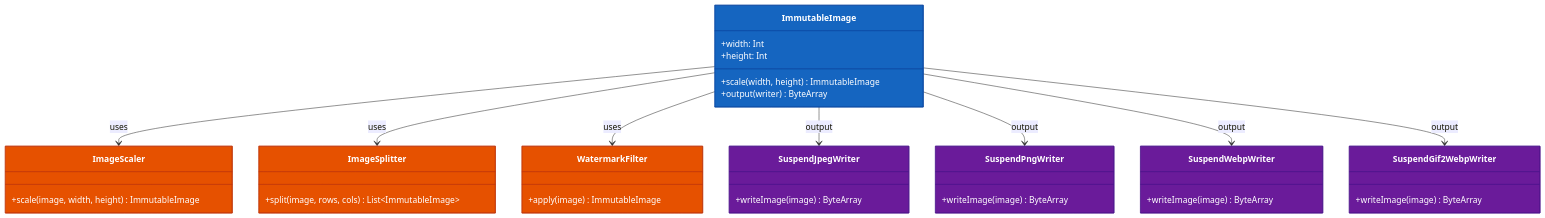
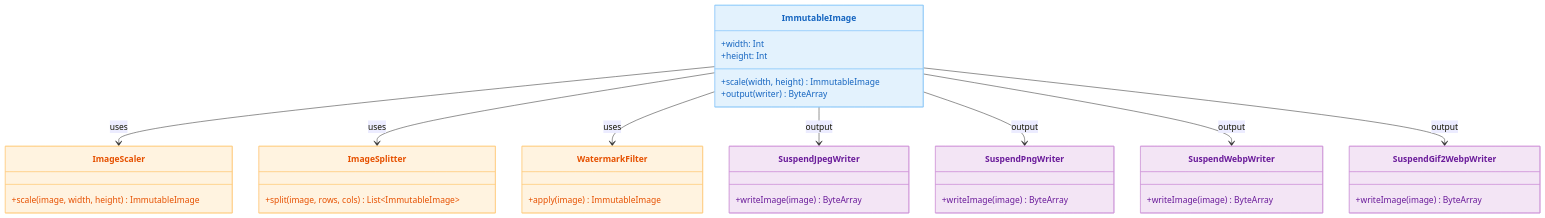
One commit to bluetape4k/bluetape4k-projects changed the second of 2 diagrams in utils/images/README.md. Above: the diagram before and after it, drawn with Mermaid. The commit also changed other lines of this file and 219 other files, not shown here.

First line of the commit message:
docs: 전체 README Mermaid 다이어그램 가이드 적용

````diff
--- a/utils/images/README.md
+++ b/utils/images/README.md
@@ -59,47 +59,47 @@
 ```mermaid
 classDiagram
     class ImmutableImage {
         +width: Int
         +height: Int
         +scale(width, height) ImmutableImage
         +output(writer) ByteArray
     }
     class ImageScaler {
         +scale(image, width, height) ImmutableImage
     }
     class ImageSplitter {
         +split(image, rows, cols) List~ImmutableImage~
     }
     class WatermarkFilter {
         +apply(image) ImmutableImage
     }
     class SuspendJpegWriter {
         +writeImage(image) ByteArray
     }
     class SuspendPngWriter {
         +writeImage(image) ByteArray
     }
     class SuspendWebpWriter {
         +writeImage(image) ByteArray
     }
     class SuspendGif2WebpWriter {
         +writeImage(image) ByteArray
     }
 
     ImmutableImage --> ImageScaler : uses
     ImmutableImage --> ImageSplitter : uses
     ImmutableImage --> WatermarkFilter : uses
     ImmutableImage --> SuspendJpegWriter : output
     ImmutableImage --> SuspendPngWriter : output
     ImmutableImage --> SuspendWebpWriter : output
     ImmutableImage --> SuspendGif2WebpWriter : output
 
-    style ImmutableImage fill:#1565C0,stroke:#0D47A1,color:#FFFFFF
-    style ImageScaler fill:#E65100,stroke:#BF360C,color:#FFFFFF
-    style ImageSplitter fill:#E65100,stroke:#BF360C,color:#FFFFFF
-    style WatermarkFilter fill:#E65100,stroke:#BF360C,color:#FFFFFF
-    style SuspendJpegWriter fill:#6A1B9A,stroke:#4A148C,color:#FFFFFF
-    style SuspendPngWriter fill:#6A1B9A,stroke:#4A148C,color:#FFFFFF
-    style SuspendWebpWriter fill:#6A1B9A,stroke:#4A148C,color:#FFFFFF
-    style SuspendGif2WebpWriter fill:#6A1B9A,stroke:#4A148C,color:#FFFFFF
+    style ImmutableImage fill:#E3F2FD,stroke:#90CAF9,color:#1565C0
+    style ImageScaler fill:#FFF3E0,stroke:#FFCC80,color:#E65100
+    style ImageSplitter fill:#FFF3E0,stroke:#FFCC80,color:#E65100
+    style WatermarkFilter fill:#FFF3E0,stroke:#FFCC80,color:#E65100
+    style SuspendJpegWriter fill:#F3E5F5,stroke:#CE93D8,color:#6A1B9A
+    style SuspendPngWriter fill:#F3E5F5,stroke:#CE93D8,color:#6A1B9A
+    style SuspendWebpWriter fill:#F3E5F5,stroke:#CE93D8,color:#6A1B9A
+    style SuspendGif2WebpWriter fill:#F3E5F5,stroke:#CE93D8,color:#6A1B9A
 ```
````
